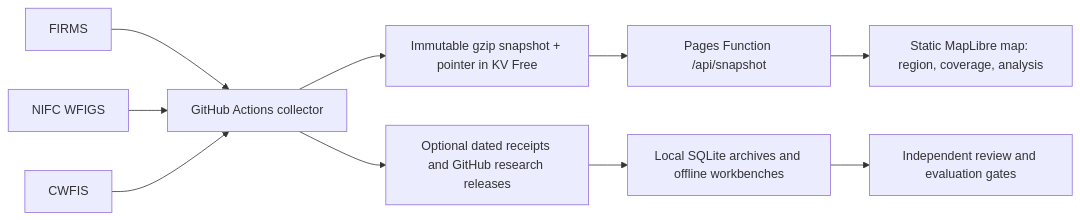
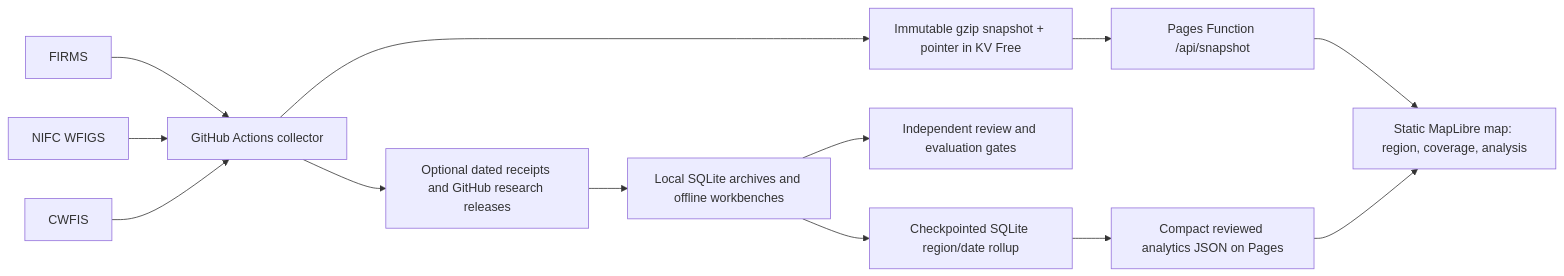
One commit to frogiraffe/wildfire-signals changed the diagram in docs/ROADMAP.md. Above: the diagram before and after it, drawn with Mermaid. The commit also changed other lines of this file and 15 other files, not shown here.

````diff
--- a/docs/ROADMAP.md
+++ b/docs/ROADMAP.md
@@ -36,12 +38,15 @@
 ```mermaid
 flowchart LR
   F[FIRMS] --> C[GitHub Actions collector]
   N[NIFC WFIGS] --> C
   W[CWFIS] --> C
   C --> K[Immutable gzip snapshot + pointer in KV Free]
   K --> A[Pages Function /api/snapshot]
   A --> M[Static MapLibre map: region, coverage, analysis]
   C --> R[Optional dated receipts and GitHub research releases]
   R --> S[Local SQLite archives and offline workbenches]
   S --> E[Independent review and evaluation gates]
+  S --> H[Checkpointed SQLite region/date rollup]
+  H --> P[Compact reviewed analytics JSON on Pages]
+  P --> M
 ```
````
